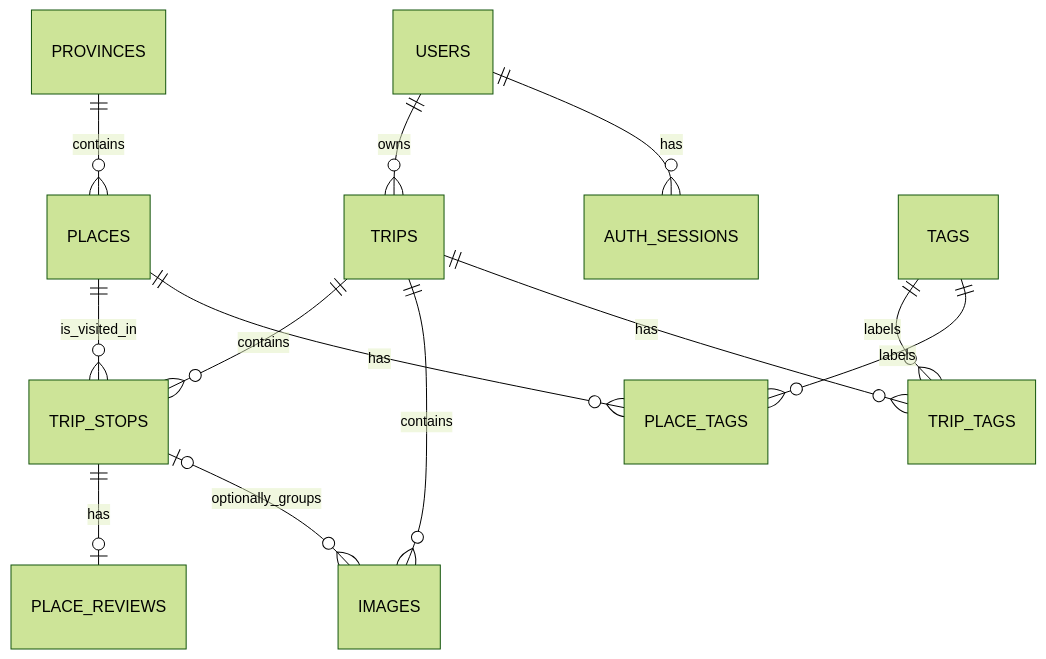
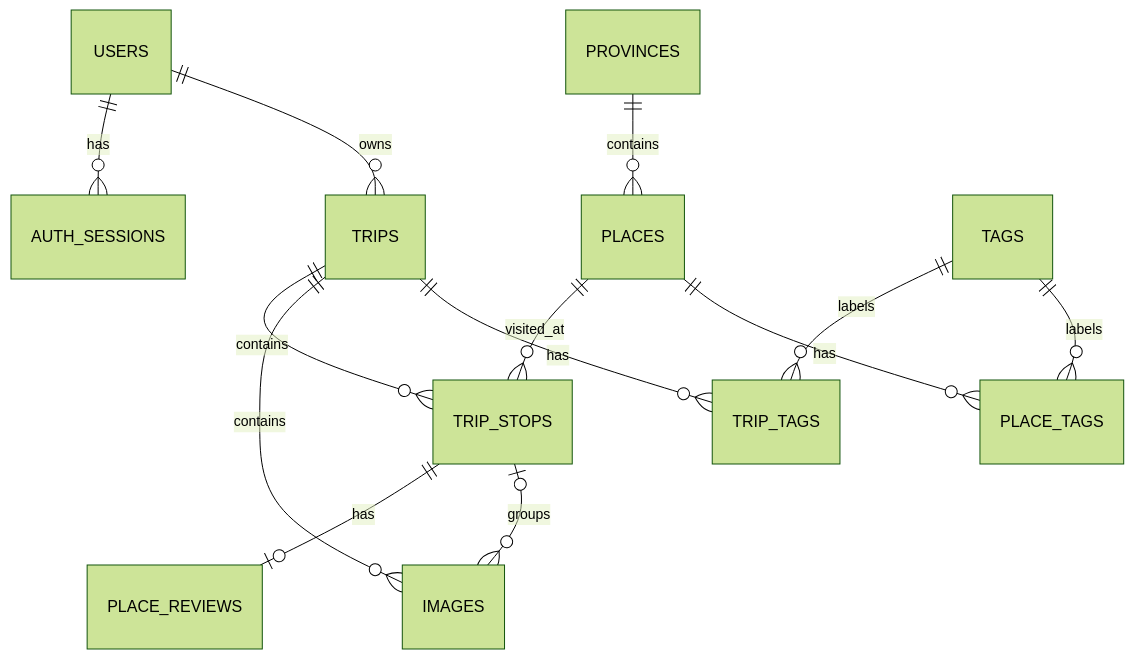
Before and after one commit to Harold-Luong/nomad-diary: the diagram in database/README.md, drawn with Mermaid (forest theme). The commit also changed other lines of this file and 7 other files, not shown here.

````diff
--- a/database/README.md
+++ b/database/README.md
@@ -46,15 +96,15 @@
 ```mermaid
 erDiagram
+    USERS ||--o{ AUTH_SESSIONS : has
     USERS ||--o{ TRIPS : owns
-    USERS ||--o{ AUTH_SESSIONS : has
     PROVINCES ||--o{ PLACES : contains
     TRIPS ||--o{ TRIP_STOPS : contains
-    PLACES ||--o{ TRIP_STOPS : is_visited_in
+    PLACES ||--o{ TRIP_STOPS : visited_at
     TRIP_STOPS ||--o| PLACE_REVIEWS : has
     TRIPS ||--o{ IMAGES : contains
-    TRIP_STOPS o|--o{ IMAGES : optionally_groups
+    TRIP_STOPS o|--o{ IMAGES : groups
     TRIPS ||--o{ TRIP_TAGS : has
     TAGS ||--o{ TRIP_TAGS : labels
     PLACES ||--o{ PLACE_TAGS : has
     TAGS ||--o{ PLACE_TAGS : labels
 ```
````
